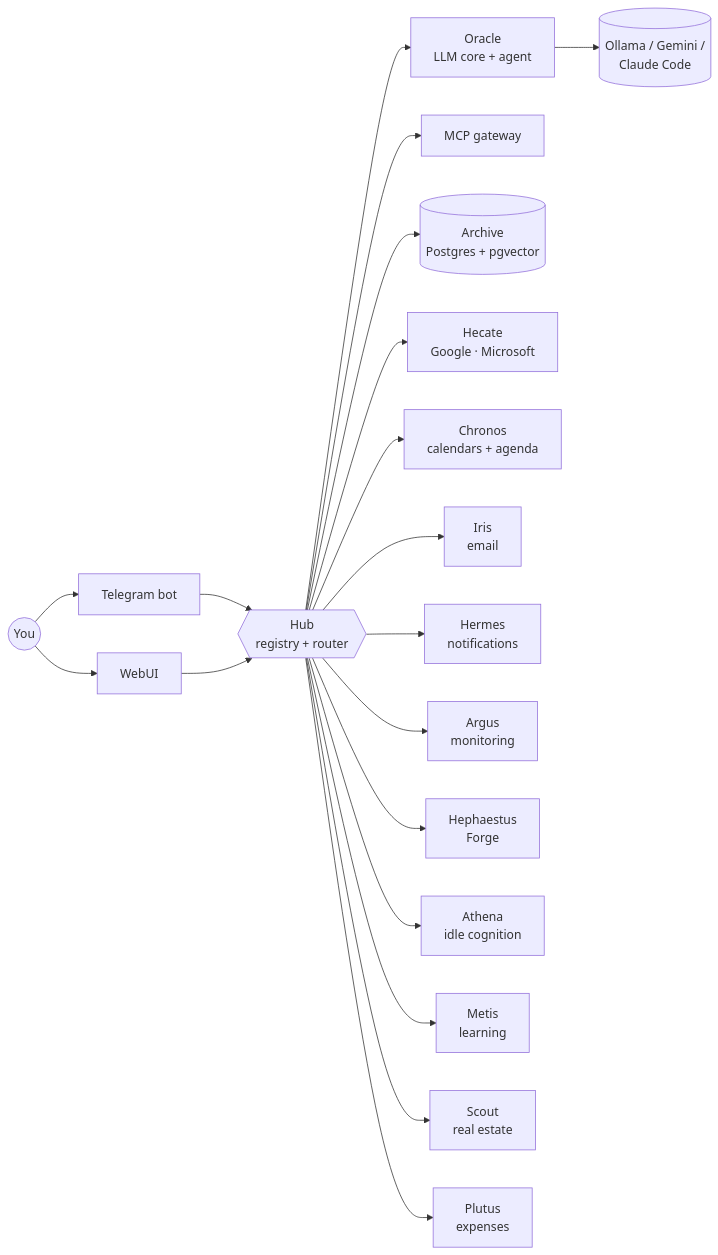
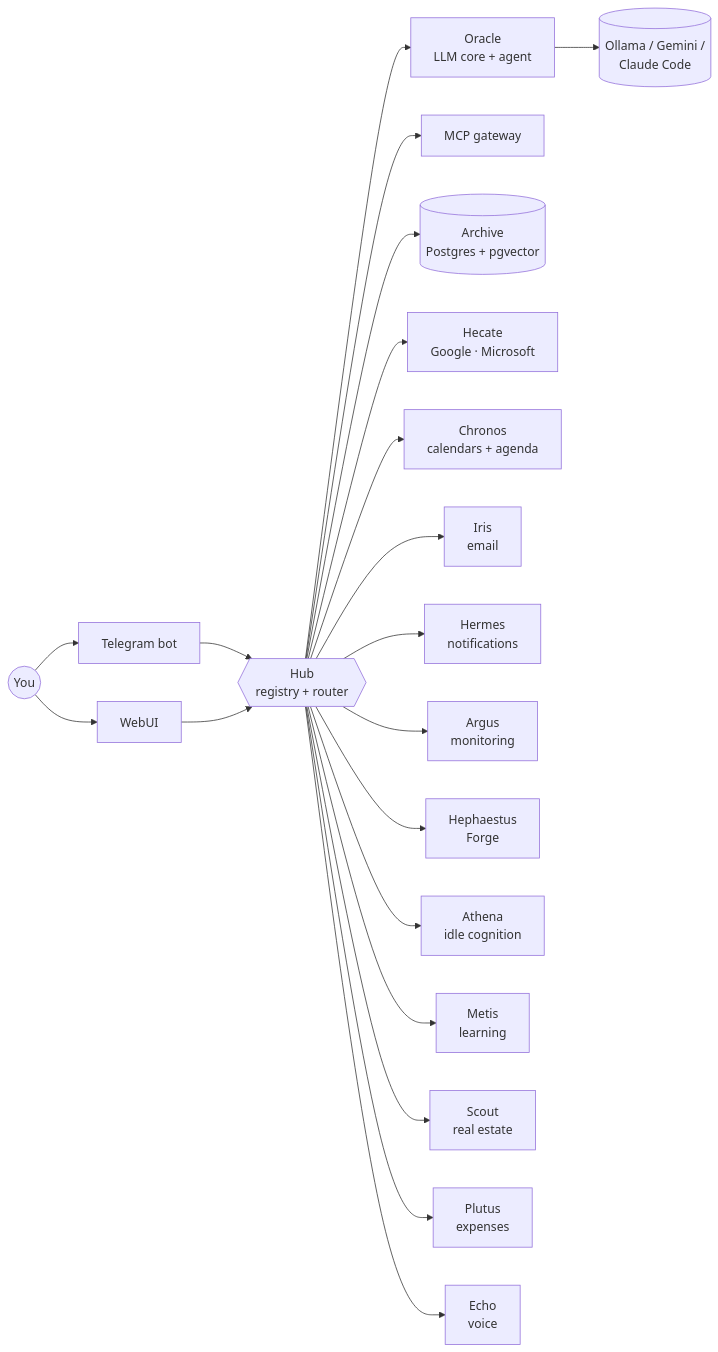
One commit to SaibboRiginal/Hestia changed the first of 2 diagrams in readme.md. Above: the diagram before and after it, drawn with Mermaid. The commit also changed other lines of this file and 16 other files, not shown here.

First line of the commit message:
Docs: voice module (Echo doc, architecture, AI guide, readme, flow map, module docs, swagger, CLAUDE.md rule)

````diff
--- a/readme.md
+++ b/readme.md
@@ -149,21 +150,22 @@
 ```mermaid
 flowchart LR
     U((You)) --> TG[Telegram bot]
     U --> WEB[WebUI]
     TG --> HUB{{Hub<br/>registry + router}}
     WEB --> HUB
     HUB --> OR[Oracle<br/>LLM core + agent]
     OR --> OL[(Ollama / Gemini /<br/>Claude Code)]
     HUB --> MCP[MCP gateway]
     HUB --> AR[(Archive<br/>Postgres + pgvector)]
     HUB --> HE[Hecate<br/>Google · Microsoft]
     HUB --> CH[Chronos<br/>calendars + agenda]
     HUB --> IR[Iris<br/>email]
     HUB --> HM[Hermes<br/>notifications]
     HUB --> AG[Argus<br/>monitoring]
     HUB --> HP[Hephaestus<br/>Forge]
     HUB --> AT[Athena<br/>idle cognition]
     HUB --> ME[Metis<br/>learning]
     HUB --> SC[Scout<br/>real estate]
     HUB --> PL[Plutus<br/>expenses]
+    HUB --> EC[Echo<br/>voice]
 ```
````
